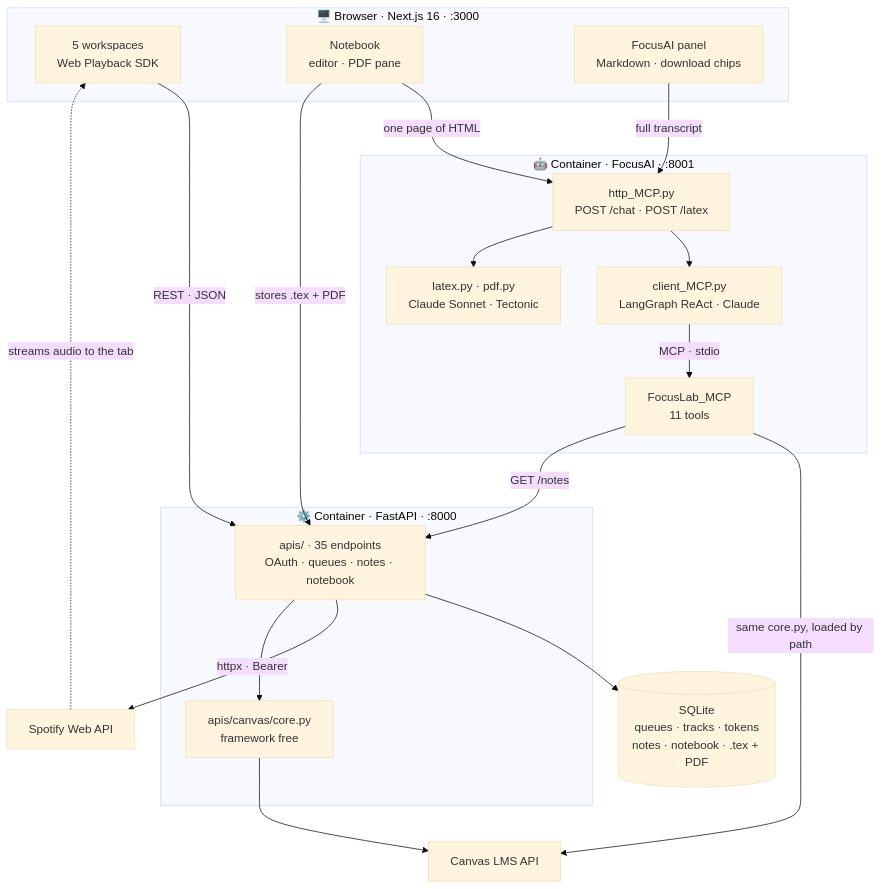
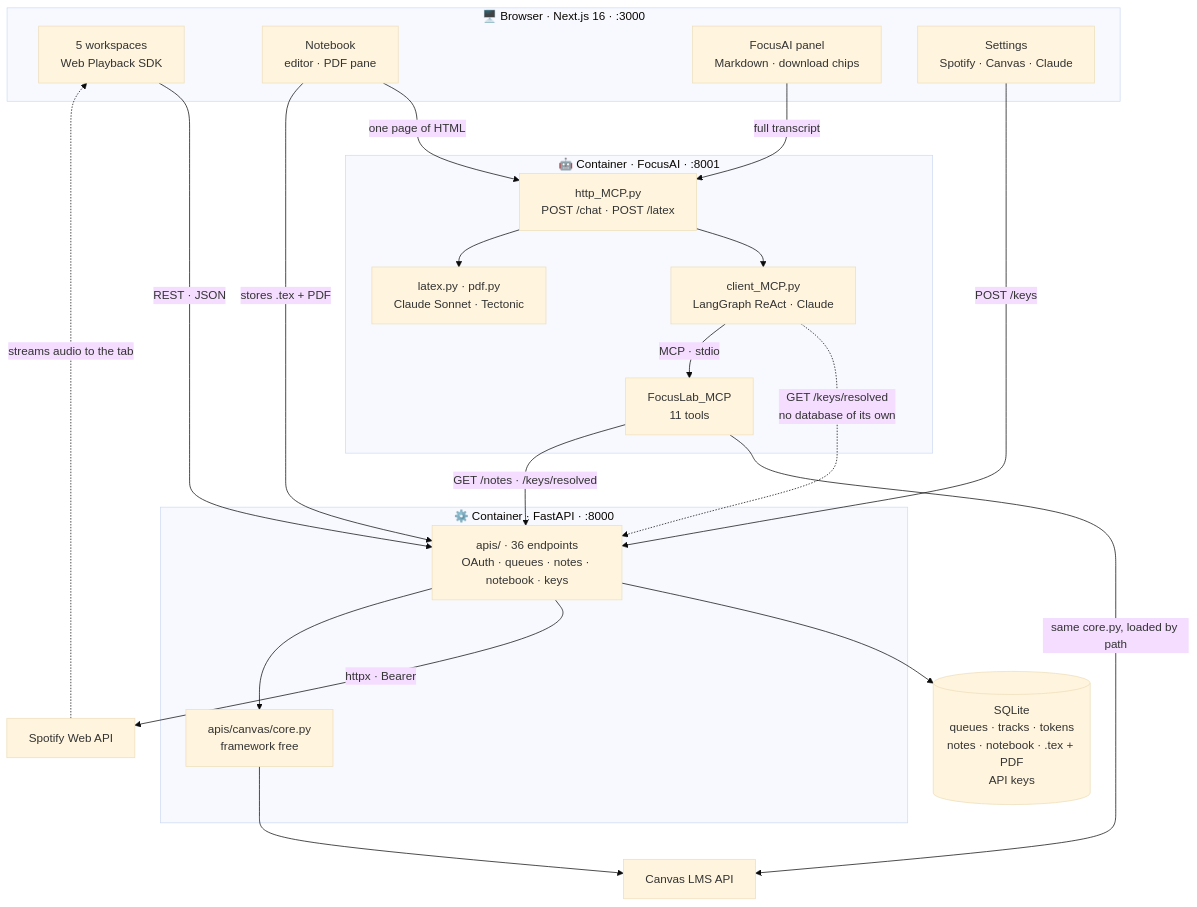
One commit to MatiasPF1/FocusLab changed the diagram in README.md. Above: the diagram before and after it, drawn with Mermaid (base theme). The commit also changed other lines of this file and 24 other files, not shown here.

````diff
--- a/README.md
+++ b/README.md
@@ -45,43 +48,46 @@
 ```mermaid
 flowchart TD
     subgraph BROWSER ["🖥️ Browser · Next.js 16 · :3000"]
         UI["5 workspaces<br/>Web Playback SDK"]
         NOTE["Notebook<br/>editor · PDF pane"]
         PANEL["FocusAI panel<br/>Markdown · download chips"]
+        KEYS["Settings<br/>Spotify · Canvas · Claude"]
     end
 
     subgraph API ["⚙️ Container · FastAPI · :8000"]
-        ROUTES["apis/ · 35 endpoints<br/>OAuth · queues · notes · notebook"]
+        ROUTES["apis/ · 36 endpoints<br/>OAuth · queues · notes · notebook · keys"]
         CORE["apis/canvas/core.py<br/>framework free"]
     end
 
     subgraph AGENT ["🤖 Container · FocusAI · :8001"]
         HTTP["http_MCP.py<br/>POST /chat · POST /latex"]
         LOOP["client_MCP.py<br/>LangGraph ReAct · Claude"]
         MCP["FocusLab_MCP<br/>11 tools"]
         TEX["latex.py · pdf.py<br/>Claude Sonnet · Tectonic"]
     end
 
-    DB[("SQLite<br/>queues · tracks · tokens<br/>notes · notebook · .tex + PDF")]
+    DB[("SQLite<br/>queues · tracks · tokens<br/>notes · notebook · .tex + PDF<br/>API keys")]
     SPOT["Spotify Web API"]
     CANVAS["Canvas LMS API"]
 
     UI -->|"REST · JSON"| ROUTES
+    KEYS -->|"POST /keys"| ROUTES
     PANEL -->|"full transcript"| HTTP
     NOTE -->|"one page of HTML"| HTTP
     NOTE -->|"stores .tex + PDF"| ROUTES
 
     HTTP --> LOOP
     HTTP --> TEX
+    LOOP -.->|"GET /keys/resolved<br/>no database of its own"| ROUTES
     LOOP -->|"MCP · stdio"| MCP
 
     ROUTES --> DB
     ROUTES -->|"httpx · Bearer"| SPOT
     ROUTES --> CORE
     CORE --> CANVAS
 
     MCP -->|"same core.py, loaded by path"| CANVAS
-    MCP -->|"GET /notes"| ROUTES
+    MCP -->|"GET /notes · /keys/resolved"| ROUTES
 
     SPOT -.->|"streams audio to the tab"| UI
 ```
````
